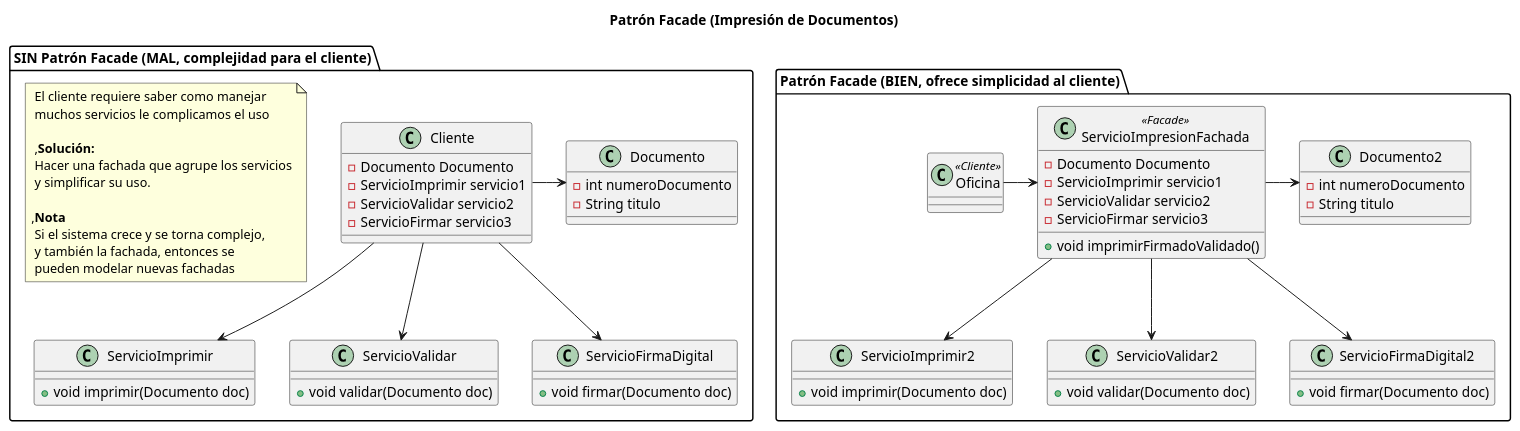
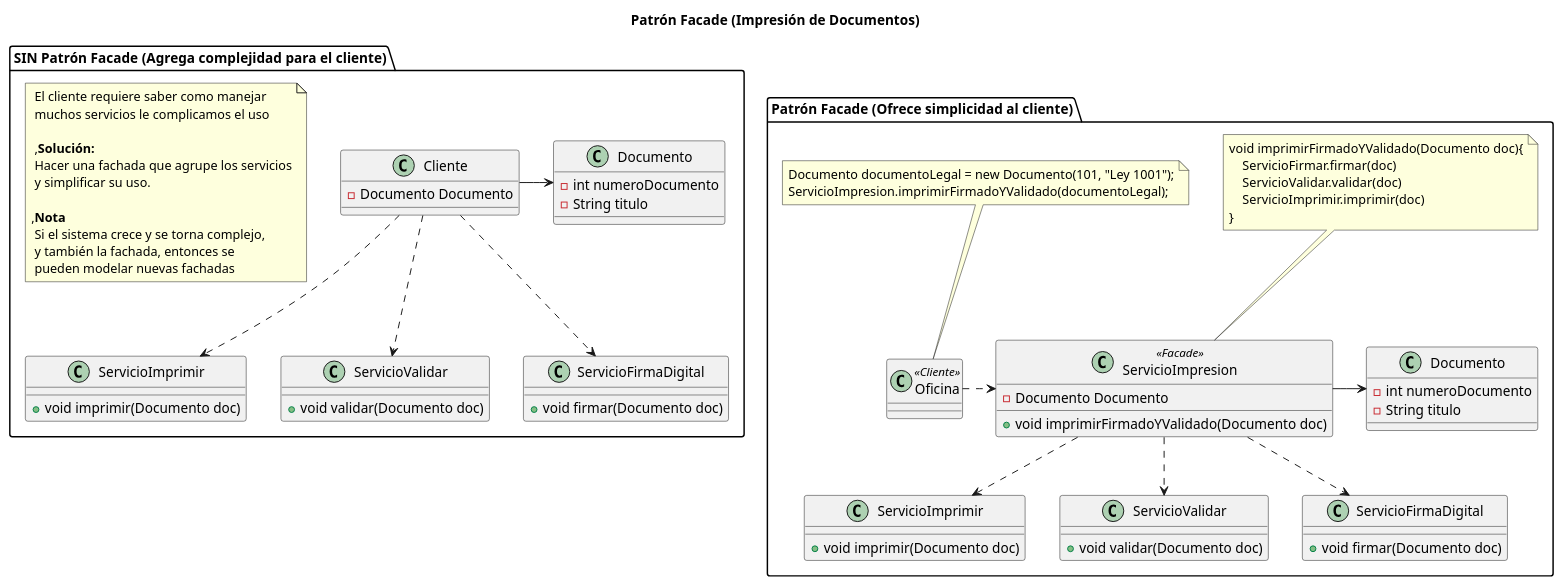
Diagram 40 of 45 in practica/patrones-de-diseño/java8/README.org (manu-utn/bitacora-diseno-de-sistemas), drawn with PlantUML before and after one commit. The commit also changed other lines of this file and 8 other files, not shown here.

```diff
--- a/practica/patrones-de-diseño/java8/README.org
+++ b/practica/patrones-de-diseño/java8/README.org
@@ -3530,38 +3903,49 @@
      ' ==== CLASES ====
      ' ================
 
-     package "Patrón Facade (BIEN, ofrece simplicidad al cliente)" as A{
+     package "Patrón Facade (Ofrece simplicidad al cliente)" as A{
          class Oficina <<Cliente>>{
          }
 
-         class ServicioImpresionFachada <<Facade>>{
+         class ServicioImpresion <<Facade>>{
              -Documento Documento
-             -ServicioImprimir servicio1
-             -ServicioValidar servicio2
-             -ServicioFirmar servicio3
 
-             +void imprimirFirmadoValidado()
+             +void imprimirFirmadoYValidado(Documento doc)
          }
 
-         class Documento2{
+         class "Documento" as Documento2{
              -int numeroDocumento
              -String titulo
          }
 
-         class ServicioImprimir2{
+         class "ServicioImprimir" as ServicioImprimir2{
              +void imprimir(Documento doc)
          }
 
-         class ServicioValidar2{
+         class "ServicioValidar" as ServicioValidar2{
              +void validar(Documento doc)
          }
 
-         class ServicioFirmaDigital2{
+         class "ServicioFirmaDigital" as ServicioFirmaDigital2{
              +void firmar(Documento doc)
-         }    
+         }
+
+    
+         note top of Oficina
+         Documento documentoLegal = new Documento(101, "Ley 1001");
+         ServicioImpresion.imprimirFirmadoYValidado(documentoLegal);
+         end note
+    
+         note top of ServicioImpresion
+         void imprimirFirmadoYValidado(Documento doc){
+             ServicioFirmar.firmar(doc)
+             ServicioValidar.validar(doc)
+             ServicioImprimir.imprimir(doc)
+         }
+         end note
      }
 
-     package "SIN Patrón Facade (MAL, complejidad para el cliente)" as B{
+     package "SIN Patrón Facade (Agrega complejidad para el cliente)" as B{
 
          note as A
          El cliente requiere saber como manejar
@@ -3579,9 +3963,6 @@
 
          class Cliente{
              -Documento Documento
-             -ServicioImprimir servicio1
-             -ServicioValidar servicio2
-             -ServicioFirmar servicio3
          }
 
          class Documento{
@@ -3607,17 +3988,17 @@
      ' == RELACIONES ==
      ' ================
 
-     Cliente -down-> ServicioValidar
-     Cliente -down-> ServicioFirmaDigital
-     Cliente -down-> ServicioImprimir
+     Cliente .down.> ServicioValidar
+     Cliente .down.> ServicioFirmaDigital
+     Cliente .down.> ServicioImprimir
      Cliente -right-> Documento
 
 
-     Oficina -right-> ServicioImpresionFachada
-     ServicioImpresionFachada -down-> ServicioValidar2
-     ServicioImpresionFachada -down-> ServicioFirmaDigital2
-     ServicioImpresionFachada -down-> ServicioImprimir2
-     ServicioImpresionFachada -right-> Documento2
+     Oficina .right.> ServicioImpresion
+     ServicioImpresion .down.> ServicioValidar2
+     ServicioImpresion .down.> ServicioFirmaDigital2
+     ServicioImpresion .down.> ServicioImprimir2
+     ServicioImpresion -right-> Documento2
 
      ' ================
      ' ==== NOTAS =====
```
